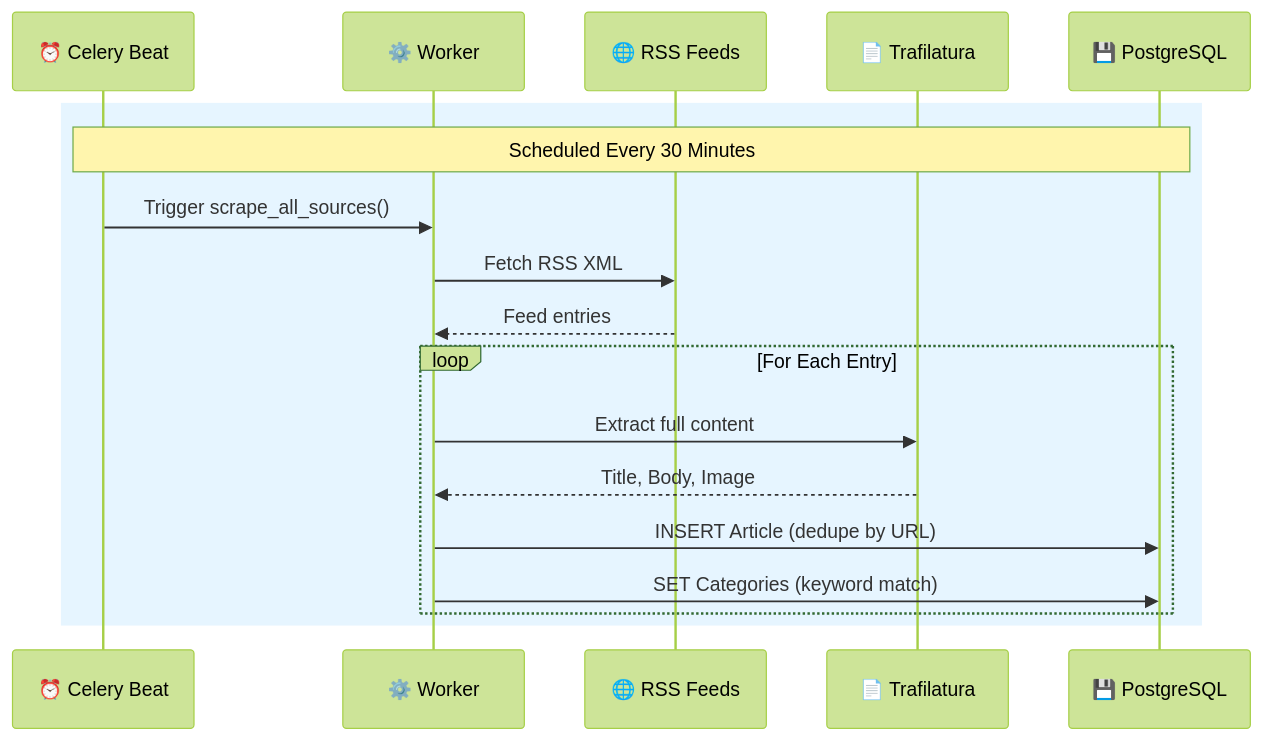
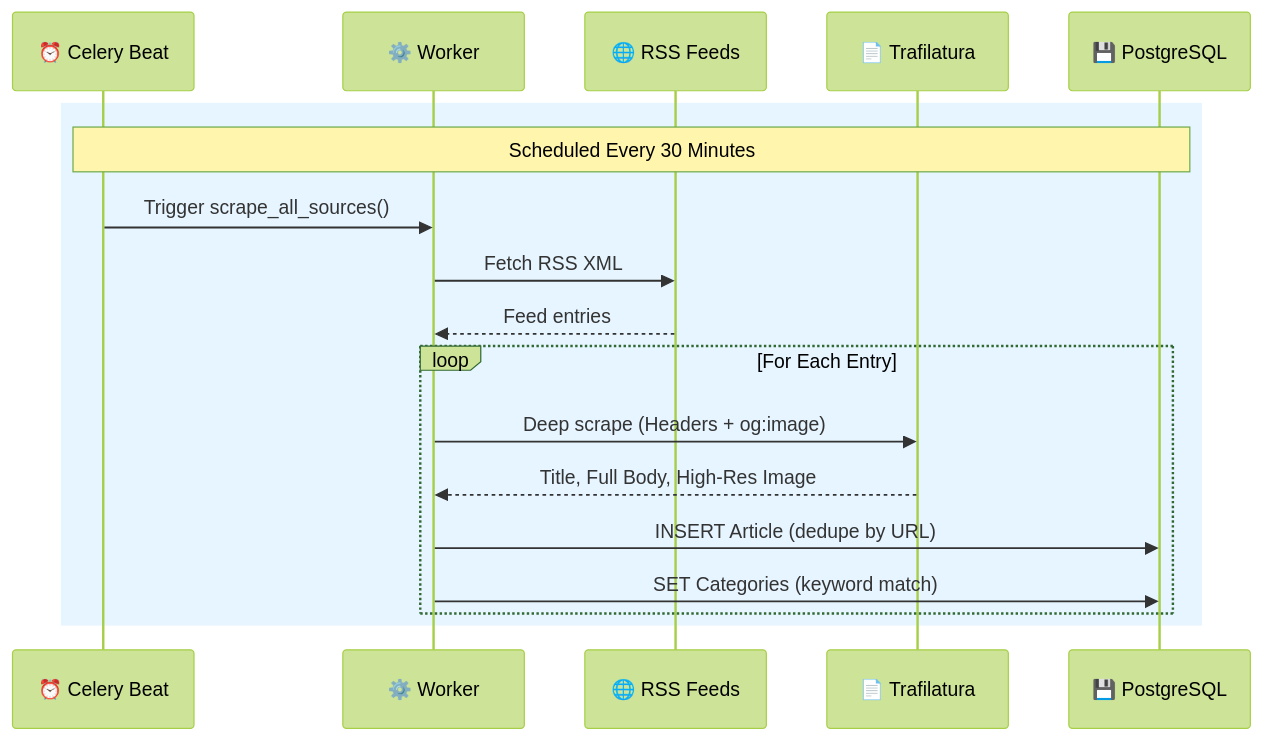
The second of 2 diagrams in README.md (emmanuelrichard01/ULTRA-NEWS), drawn with Mermaid (forest theme) before and after one commit. The commit also changed other lines of this file and 15 other files, not shown here.

````diff
--- a/README.md
+++ b/README.md
@@ -112,22 +125,22 @@
 ```mermaid
 sequenceDiagram
     participant Beat as ⏰ Celery Beat
     participant Worker as ⚙️ Worker
     participant RSS as 🌐 RSS Feeds
     participant Traf as 📄 Trafilatura
     participant DB as 💾 PostgreSQL
 
     rect rgb(230, 245, 255)
         Note over Beat,DB: Scheduled Every 30 Minutes
         Beat->>Worker: Trigger scrape_all_sources()
         Worker->>RSS: Fetch RSS XML
         RSS-->>Worker: Feed entries
         
         loop For Each Entry
-            Worker->>Traf: Extract full content
-            Traf-->>Worker: Title, Body, Image
+            Worker->>Traf: Deep scrape (Headers + og:image)
+            Traf-->>Worker: Title, Full Body, High-Res Image
             Worker->>DB: INSERT Article (dedupe by URL)
             Worker->>DB: SET Categories (keyword match)
         end
     end
 ```
````
